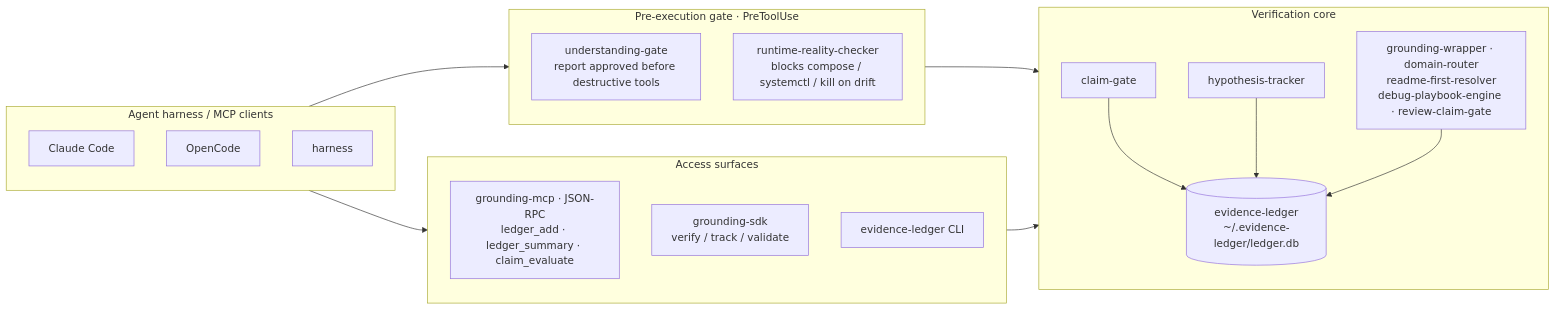
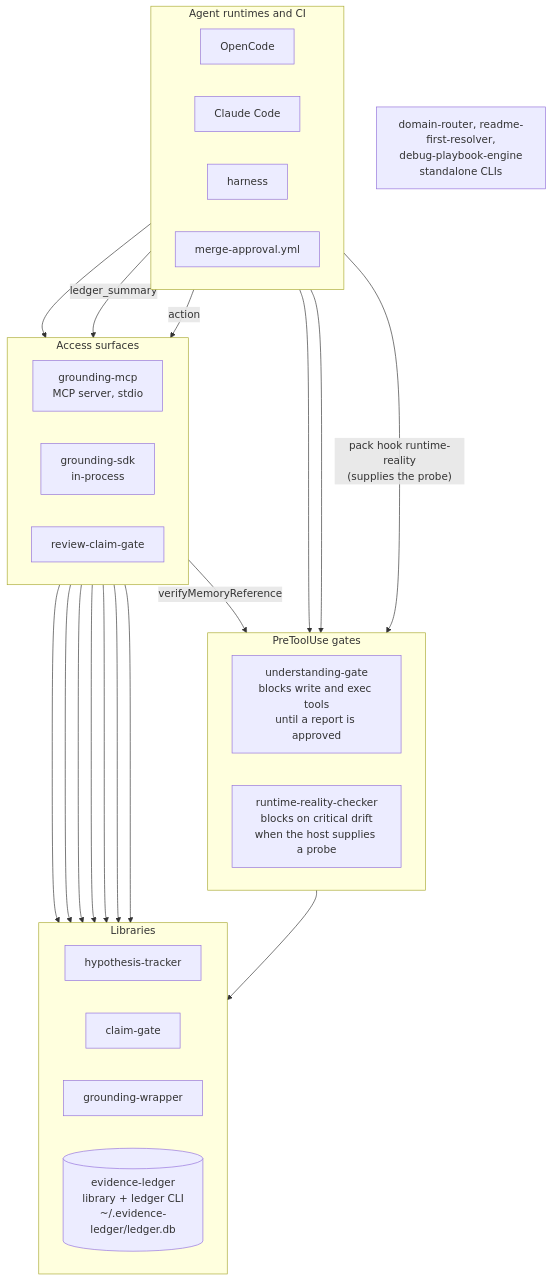
Before and after one commit to LanNguyenSi/agent-grounding: the diagram in docs/architecture.md, drawn with Mermaid. The commit also changed other lines of this file and 2 other files, not shown here.

Commit message:
docs(architecture): redraw the package diagram from the real imports
The stack diagram drew claim-gate, hypothesis-tracker and the helper
packages writing to the evidence ledger. claim-gate reads no store, and
hypothesis-tracker and the standalone CLIs have no ledger dependency. The
new diagram draws only runtime imports and calls: grounding-mcp, the SDK,
the gates and review-claim-gate with the libraries they use, and the
callers (Claude Code, OpenCode, harness, merge-approval.yml).

Also in the architecture doc and the root README:
- describe the two PreToolUse gates by what they block, and name the
  ledger's actual consumers;
- place agent-grounding in the Project OS agent runtime layer instead of
  the Validate stage, linking the ecosystem doc;
- stop attributing a checkout-freshness check to claim-gate and
  runtime-reality-checker;
- add a trust model section that links each gate's own docs;
- summarize the full grounding-mcp tool surface and the five
  merge_approval prerequisites, and state that claim-gate inputs are
  self-reported.

installation.md now lists every bin of understanding-gate and
grounding-mcp and notes that the runtime-reality bin has no probe.

````diff
--- a/docs/architecture.md
+++ b/docs/architecture.md
@@ -5,38 +7,49 @@
 ```mermaid
-flowchart LR
-    subgraph clients["Agent harness / MCP clients"]
-        direction TB
+flowchart TD
+    subgraph callers["Agent runtimes and CI"]
+        direction LR
+        oc["OpenCode"]
         cc["Claude Code"]
-        oc["OpenCode"]
         hn["harness"]
+        ci["merge-approval.yml"]
     end
 
-    subgraph gate["Pre-execution gate · PreToolUse"]
-        direction TB
-        ug["understanding-gate<br/>report approved before destructive tools"]
-        rrc["runtime-reality-checker<br/>blocks compose / systemctl / kill on drift"]
-    end
-
-    subgraph core["Verification core"]
-        direction TB
-        cg["claim-gate"]
-        ht["hypothesis-tracker"]
-        helpers["grounding-wrapper · domain-router<br/>readme-first-resolver<br/>debug-playbook-engine · review-claim-gate"]
-        el[("evidence-ledger<br/>~/.evidence-ledger/ledger.db")]
+    subgraph gates["PreToolUse gates"]
+        direction LR
+        ug["understanding-gate<br/>blocks write and exec tools<br/>until a report is approved"]
+        rrc["runtime-reality-checker<br/>blocks on critical drift<br/>when the host supplies a probe"]
     end
 
     subgraph surfaces["Access surfaces"]
-        direction TB
-        mcp["grounding-mcp · JSON-RPC<br/>ledger_add · ledger_summary · claim_evaluate"]
-        sdk["grounding-sdk<br/>verify / track / validate"]
-        cli["evidence-ledger CLI"]
+        direction LR
+        mcp["grounding-mcp<br/>MCP server, stdio"]
+        sdk["grounding-sdk<br/>in-process"]
+        rcg["review-claim-gate"]
     end
 
-    clients --> gate
-    clients --> surfaces
-    gate --> core
-    surfaces --> core
-    cg --> el
-    ht --> el
-    helpers --> el
+    subgraph libs["Libraries"]
+        direction LR
+        ht["hypothesis-tracker"]
+        cg["claim-gate"]
+        gw["grounding-wrapper"]
+        el[("evidence-ledger<br/>library + ledger CLI<br/>~/.evidence-ledger/ledger.db")]
+    end
+
+    planners["domain-router, readme-first-resolver,<br/>debug-playbook-engine<br/>standalone CLIs"]
+
+    cc --> ug
+    oc --> ug
+    cc --> mcp
+    hn -- "pack hook runtime-reality<br/>(supplies the probe)" --> rrc
+    hn -- ledger_summary --> mcp
+    ci -- action --> rcg
+    ug --> ht
+    mcp --> gw
+    mcp --> el
+    mcp --> cg
+    mcp --> ht
+    mcp -- verifyMemoryReference --> rrc
+    sdk --> cg
+    sdk --> ht
+    rcg --> el
 ```
````
